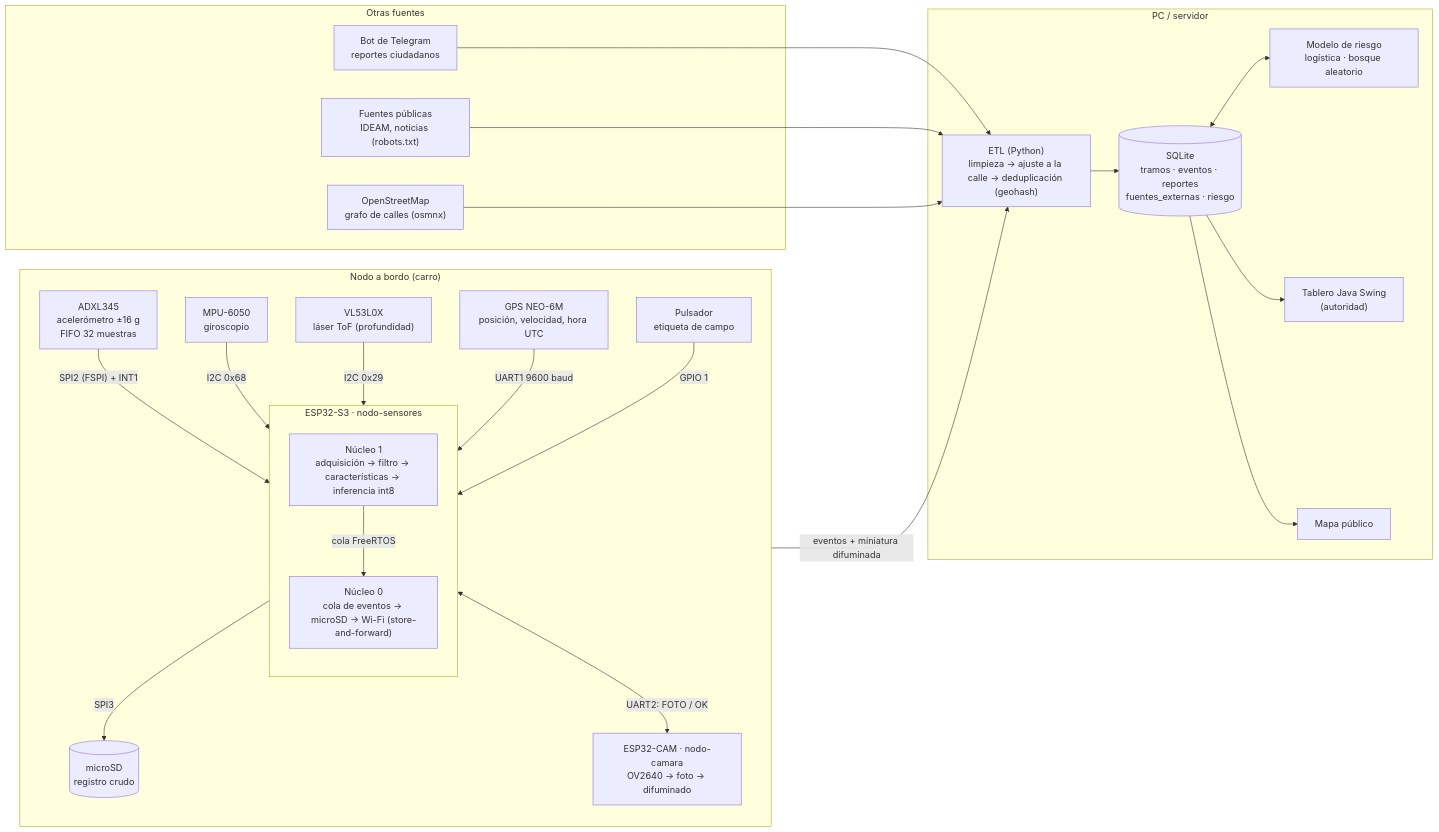
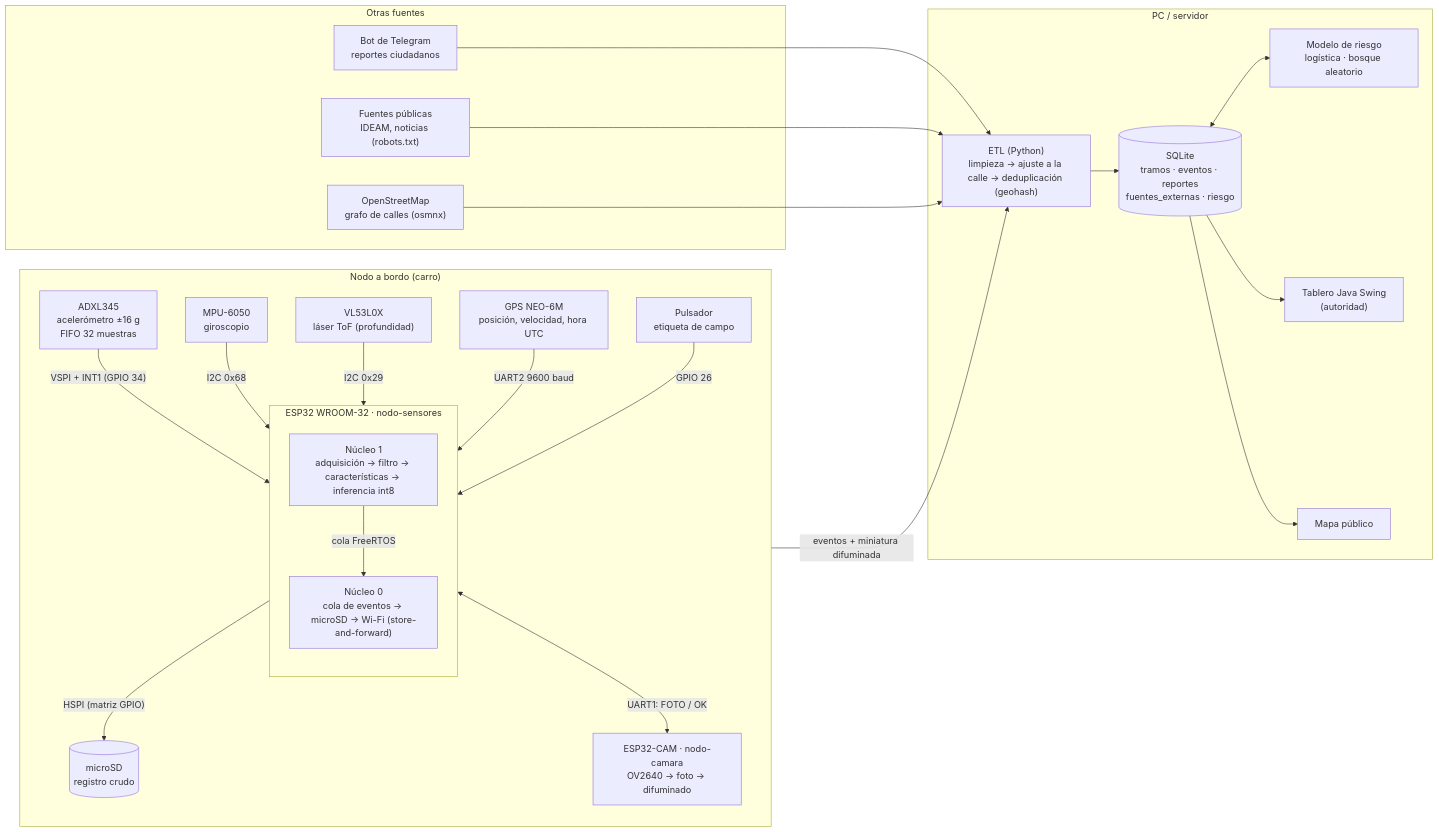
Before and after one commit to via-viva-usta/via-viva: the first of 3 diagrams in docs/diagramas/01_arquitectura.md, drawn with Mermaid. The commit also changed other lines of this file and 14 other files, not shown here.

First line of the commit message:
feat(firmware): cambio de placa a ESP32 normal (WROOM-32, esp32dev)

````diff
--- a/docs/diagramas/01_arquitectura.md
+++ b/docs/diagramas/01_arquitectura.md
@@ -7,50 +7,50 @@
 ```mermaid
 flowchart LR
     subgraph NODO["Nodo a bordo (carro)"]
         direction TB
-        subgraph S3["ESP32-S3 · nodo-sensores"]
+        subgraph S3["ESP32 WROOM-32 · nodo-sensores"]
             direction TB
             C1["Núcleo 1<br/>adquisición → filtro → características → inferencia int8"]
             C0["Núcleo 0<br/>cola de eventos → microSD → Wi-Fi (store-and-forward)"]
             C1 -- "cola FreeRTOS" --> C0
         end
         ADXL["ADXL345<br/>acelerómetro ±16 g<br/>FIFO 32 muestras"]
         MPU["MPU-6050<br/>giroscopio"]
         TOF["VL53L0X<br/>láser ToF (profundidad)"]
         GPS["GPS NEO-6M<br/>posición, velocidad, hora UTC"]
         SD[("microSD<br/>registro crudo")]
         BTN["Pulsador<br/>etiqueta de campo"]
         CAM["ESP32-CAM · nodo-camara<br/>OV2640 → foto → difuminado"]
 
-        ADXL -- "SPI2 (FSPI) + INT1" --> S3
+        ADXL -- "VSPI + INT1 (GPIO 34)" --> S3
         MPU -- "I2C 0x68" --> S3
         TOF -- "I2C 0x29" --> S3
-        GPS -- "UART1 9600 baud" --> S3
-        S3 -- "SPI3" --> SD
-        BTN -- "GPIO 1" --> S3
-        S3 <-- "UART2: FOTO / OK" --> CAM
+        GPS -- "UART2 9600 baud" --> S3
+        S3 -- "HSPI (matriz GPIO)" --> SD
+        BTN -- "GPIO 26" --> S3
+        S3 <-- "UART1: FOTO / OK" --> CAM
     end
 
     subgraph FUENTES["Otras fuentes"]
         BOT["Bot de Telegram<br/>reportes ciudadanos"]
         WEB["Fuentes públicas<br/>IDEAM, noticias (robots.txt)"]
         OSM["OpenStreetMap<br/>grafo de calles (osmnx)"]
     end
 
     subgraph SERVIDOR["PC / servidor"]
         ETL["ETL (Python)<br/>limpieza → ajuste a la calle → deduplicación (geohash)"]
         DB[("SQLite<br/>tramos · eventos · reportes<br/>fuentes_externas · riesgo")]
         RISK["Modelo de riesgo<br/>logística · bosque aleatorio"]
         DASH["Tablero Java Swing<br/>(autoridad)"]
         MAPA["Mapa público"]
     end
 
     NODO -- "eventos + miniatura difuminada" --> ETL
     BOT --> ETL
     WEB --> ETL
     OSM --> ETL
     ETL --> DB
     DB <--> RISK
     DB --> DASH
     DB --> MAPA
 ```
````
